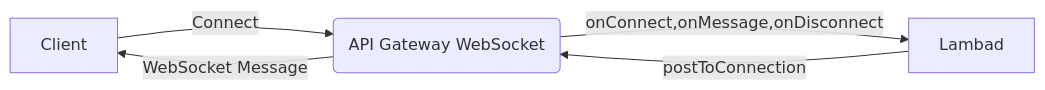
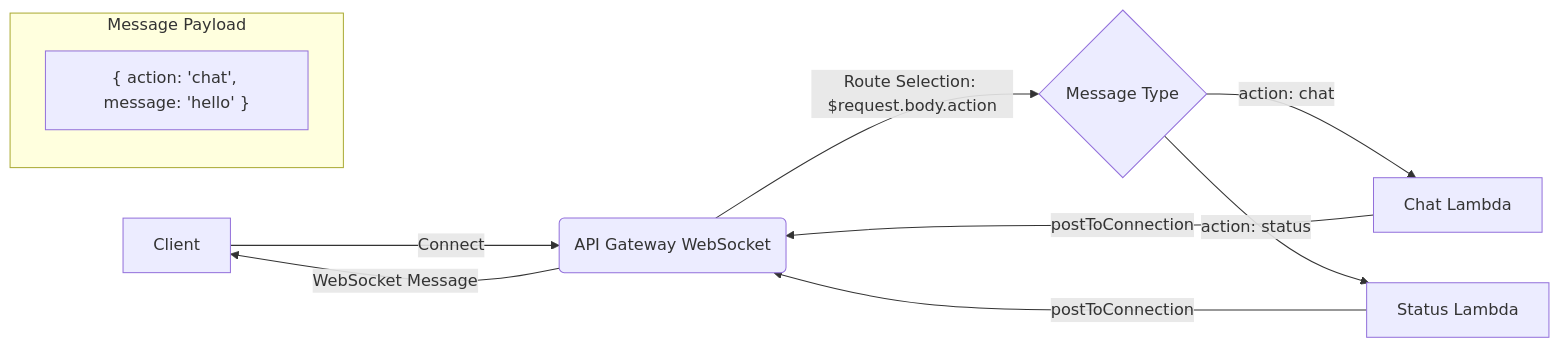
One commit to susmitpy/talks changed the first of 15 diagrams in aws_lambda.md. Above: the diagram before and after it, drawn with Mermaid. The commit also changed other lines of this file, not shown here.

````diff
--- a/aws_lambda.md
+++ b/aws_lambda.md
@@ -156,7 +156,13 @@
 ```mermaid
 graph LR
     A[Client] -- Connect --> B(API Gateway WebSocket)
-    B -- onConnect,onMessage,onDisconnect --> D[Lambad]
-    D -- postToConnection --> B
+    B -- Route Selection: $request.body.action --> C{Message Type}
+    C -- action: chat --> D[Chat Lambda]
+    C -- action: status --> F[Status Lambda]
+    D & F -- postToConnection --> B
     B -- WebSocket Message --> A
+
+    subgraph "Message Payload"
+    H["{ action: 'chat', message: 'hello' }"]
+    end
 ```
````
